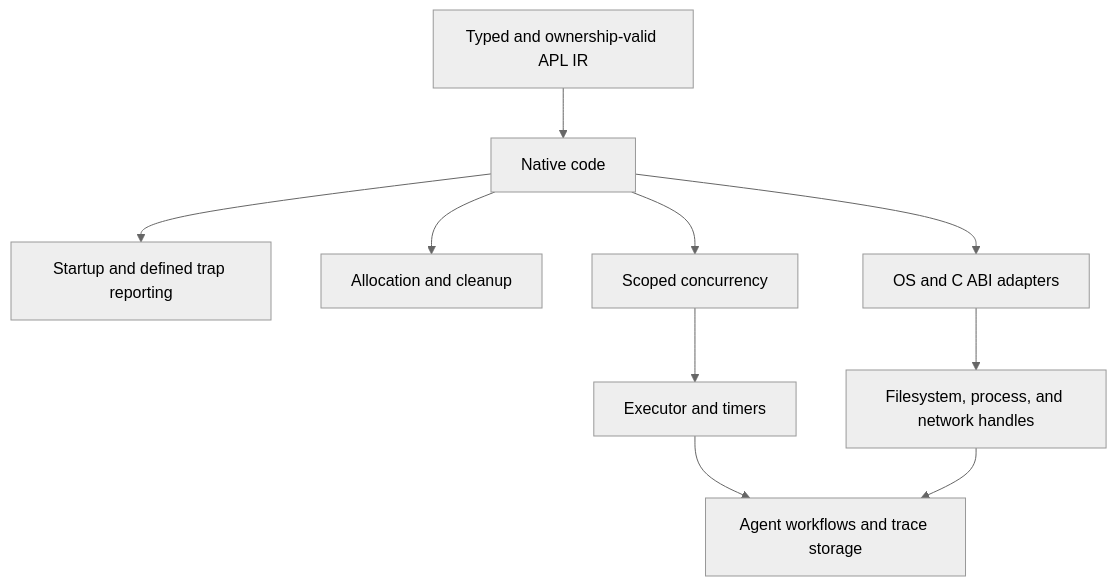
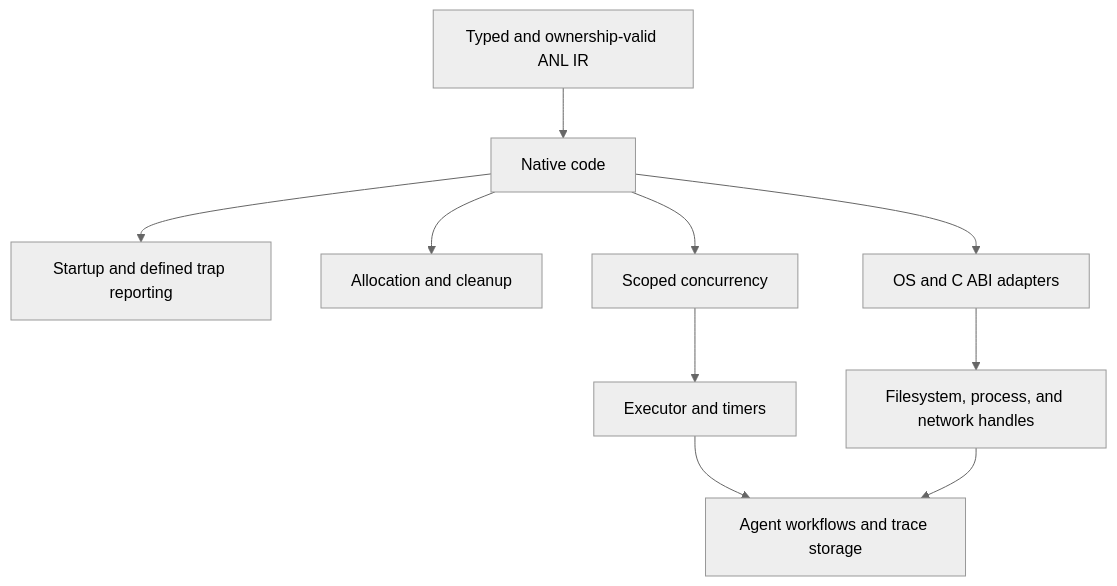
The diagram in docs/architecture/runtime.md (djsydney04/ANL), drawn with Mermaid (neutral theme) before and after one commit. The commit also changed other lines of this file and 68 other files, not shown here.

````diff
--- a/docs/architecture/runtime.md
+++ b/docs/architecture/runtime.md
@@ -11,12 +11,12 @@
 ```mermaid
 flowchart TD
-    A[Typed and ownership-valid APL IR] --> B[Native code]
+    A[Typed and ownership-valid ANL IR] --> B[Native code]
     B --> C[Startup and defined trap reporting]
     B --> D[Allocation and cleanup]
     B --> E[OS and C ABI adapters]
     B --> F[Scoped concurrency]
     F --> G[Executor and timers]
     E --> H[Filesystem, process, and network handles]
     G --> I[Agent workflows and trace storage]
     H --> I
 ```
````
